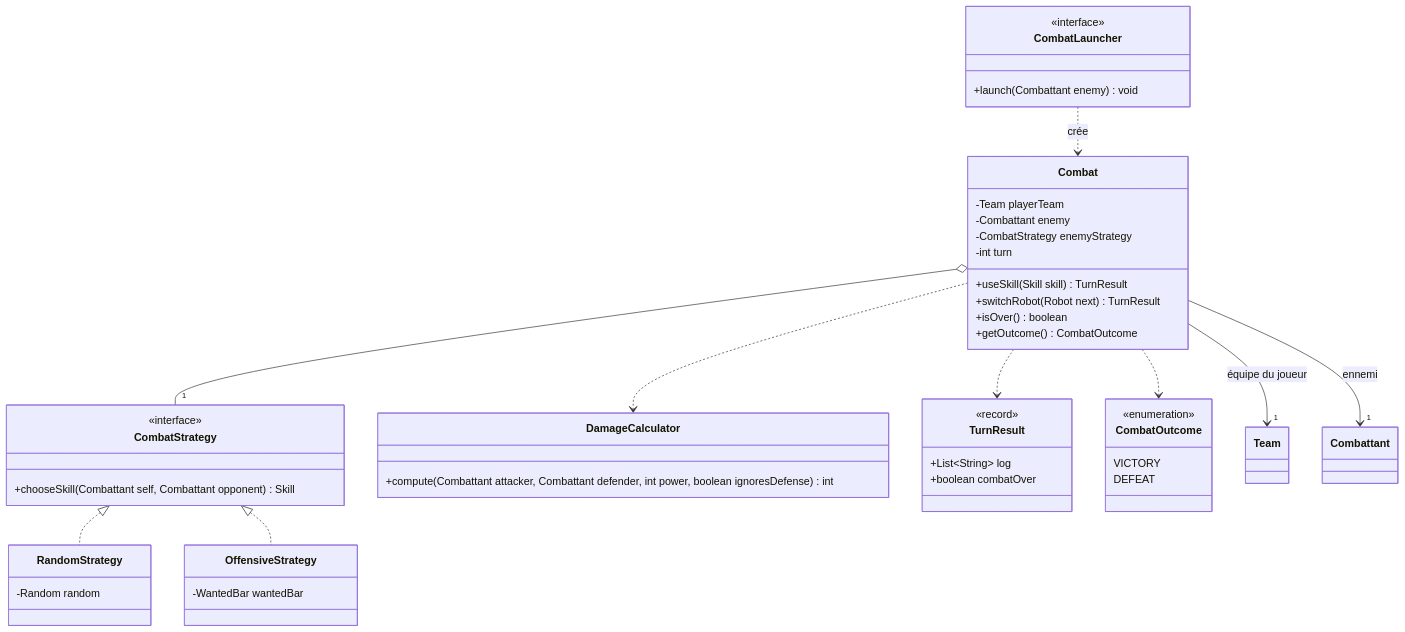
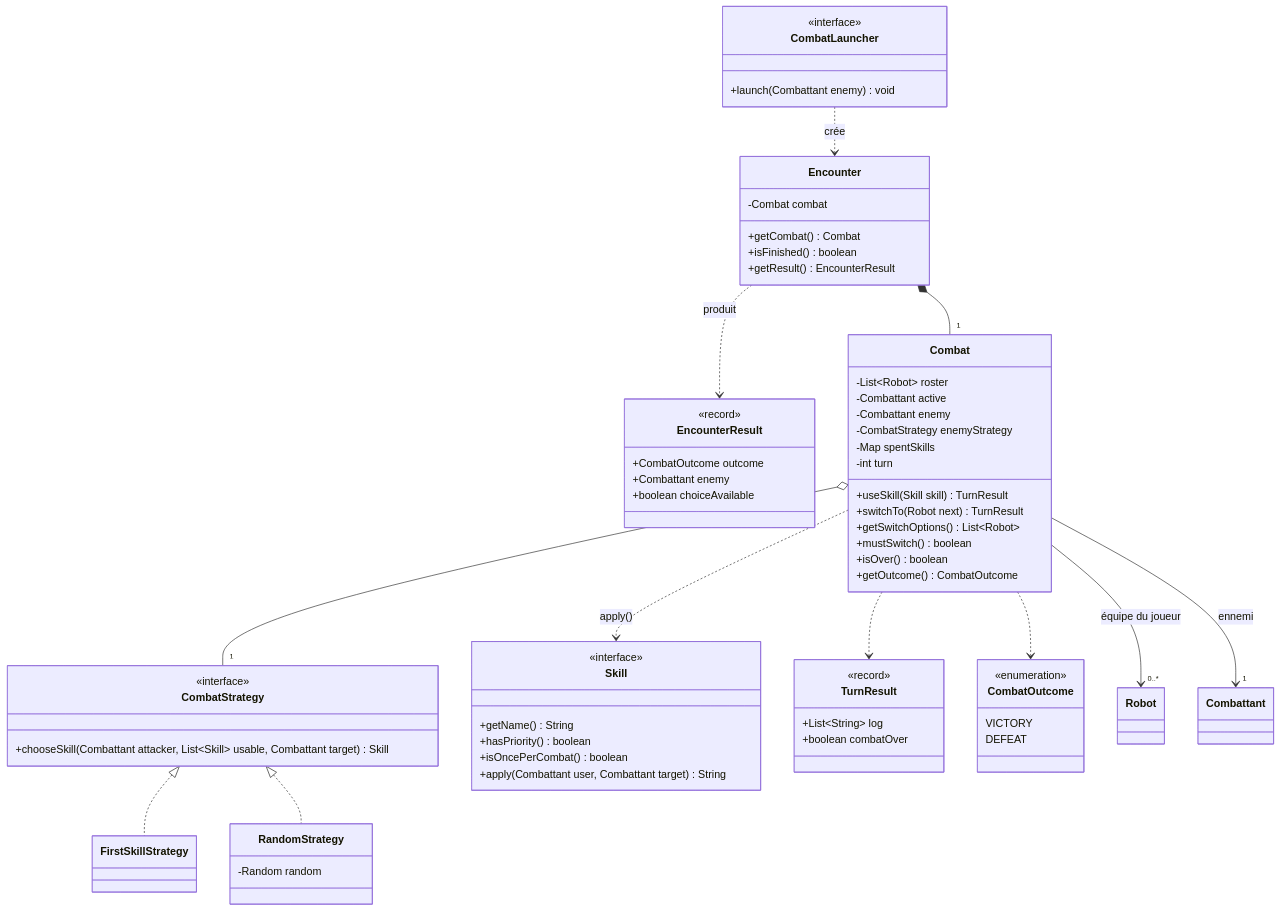
One commit to ValentinBassot/2D-Game changed the fourth of 9 diagrams in docs/uml.md. Above: the diagram before and after it, drawn with Mermaid. The commit also changed other lines of this file and 1 other file, not shown here.

Commit message:
docs: describe the enemy AI strategy and the once-per-combat skill

````diff
--- a/docs/uml.md
+++ b/docs/uml.md
@@ -200,59 +209,81 @@
 ```mermaid
 classDiagram
     direction TB
 
     class CombatLauncher {
         <<interface>>
         +launch(Combattant enemy) void
     }
 
+    class Encounter {
+        -Combat combat
+        +getCombat() Combat
+        +isFinished() boolean
+        +getResult() EncounterResult
+    }
+
+    class EncounterResult {
+        <<record>>
+        +CombatOutcome outcome
+        +Combattant enemy
+        +boolean choiceAvailable
+    }
+
     class Combat {
-        -Team playerTeam
+        -List~Robot~ roster
+        -Combattant active
         -Combattant enemy
         -CombatStrategy enemyStrategy
+        -Map spentSkills
         -int turn
         +useSkill(Skill skill) TurnResult
-        +switchRobot(Robot next) TurnResult
+        +switchTo(Robot next) TurnResult
+        +getSwitchOptions() List~Robot~
+        +mustSwitch() boolean
         +isOver() boolean
         +getOutcome() CombatOutcome
     }
 
     class CombatStrategy {
         <<interface>>
-        +chooseSkill(Combattant self, Combattant opponent) Skill
+        +chooseSkill(Combattant attacker, List~Skill~ usable, Combattant target) Skill
     }
+
+    class FirstSkillStrategy
 
     class RandomStrategy {
         -Random random
     }
 
-    class OffensiveStrategy {
-        -WantedBar wantedBar
-    }
-
-    class DamageCalculator {
-        +compute(Combattant attacker, Combattant defender, int power, boolean ignoresDefense) int
+    class Skill {
+        <<interface>>
+        +getName() String
+        +hasPriority() boolean
+        +isOncePerCombat() boolean
+        +apply(Combattant user, Combattant target) String
     }
 
     class TurnResult {
         <<record>>
         +List~String~ log
         +boolean combatOver
     }
 
     class CombatOutcome {
         <<enumeration>>
         VICTORY
         DEFEAT
     }
 
-    CombatLauncher ..> Combat : crée
-    Combat --> "1" Team : équipe du joueur
+    CombatLauncher ..> Encounter : crée
+    Encounter *-- "1" Combat
+    Encounter ..> EncounterResult : produit
+    Combat --> "0..*" Robot : équipe du joueur
     Combat --> "1" Combattant : ennemi
     Combat o-- "1" CombatStrategy
-    Combat ..> DamageCalculator
+    Combat ..> Skill : apply()
     Combat ..> TurnResult
     Combat ..> CombatOutcome
+    CombatStrategy <|.. FirstSkillStrategy
     CombatStrategy <|.. RandomStrategy
-    CombatStrategy <|.. OffensiveStrategy
 ```
````
